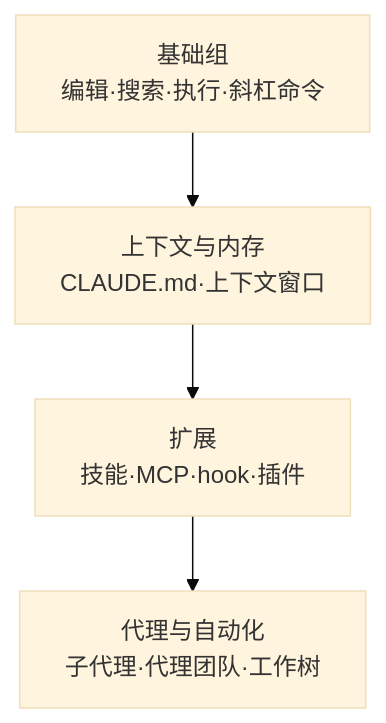
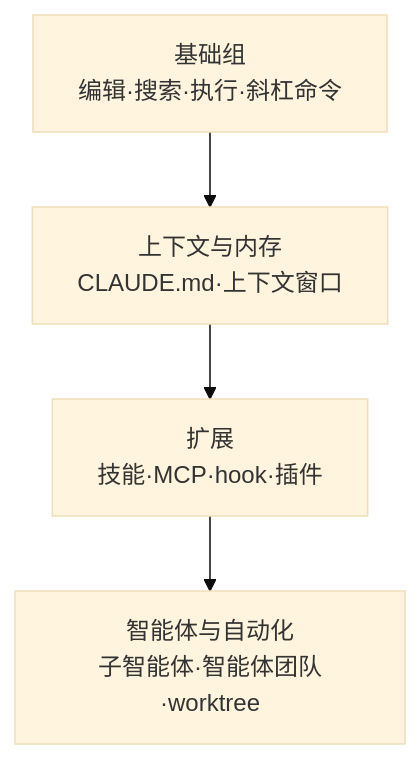
Before and after one commit to modu-ai/moai-adk: the diagram in docs-site/content/zh/claude-code/foundations/features-overview.md, drawn with Mermaid (base theme). The commit also changed other lines of this file and 3 other files, not shown here.

````diff
--- a/docs-site/content/zh/claude-code/foundations/features-overview.md
+++ b/docs-site/content/zh/claude-code/foundations/features-overview.md
@@ -90,6 +91,6 @@
 ```mermaid
 flowchart TD
     A[基础组<br>编辑·搜索·执行·斜杠命令] --> B[上下文与内存<br>CLAUDE.md·上下文窗口]
     B --> C[扩展<br>技能·MCP·hook·插件]
-    C --> D[代理与自动化<br>子代理·代理团队·工作树]
+    C --> D[智能体与自动化<br>子智能体·智能体团队·worktree]
 ```
````
